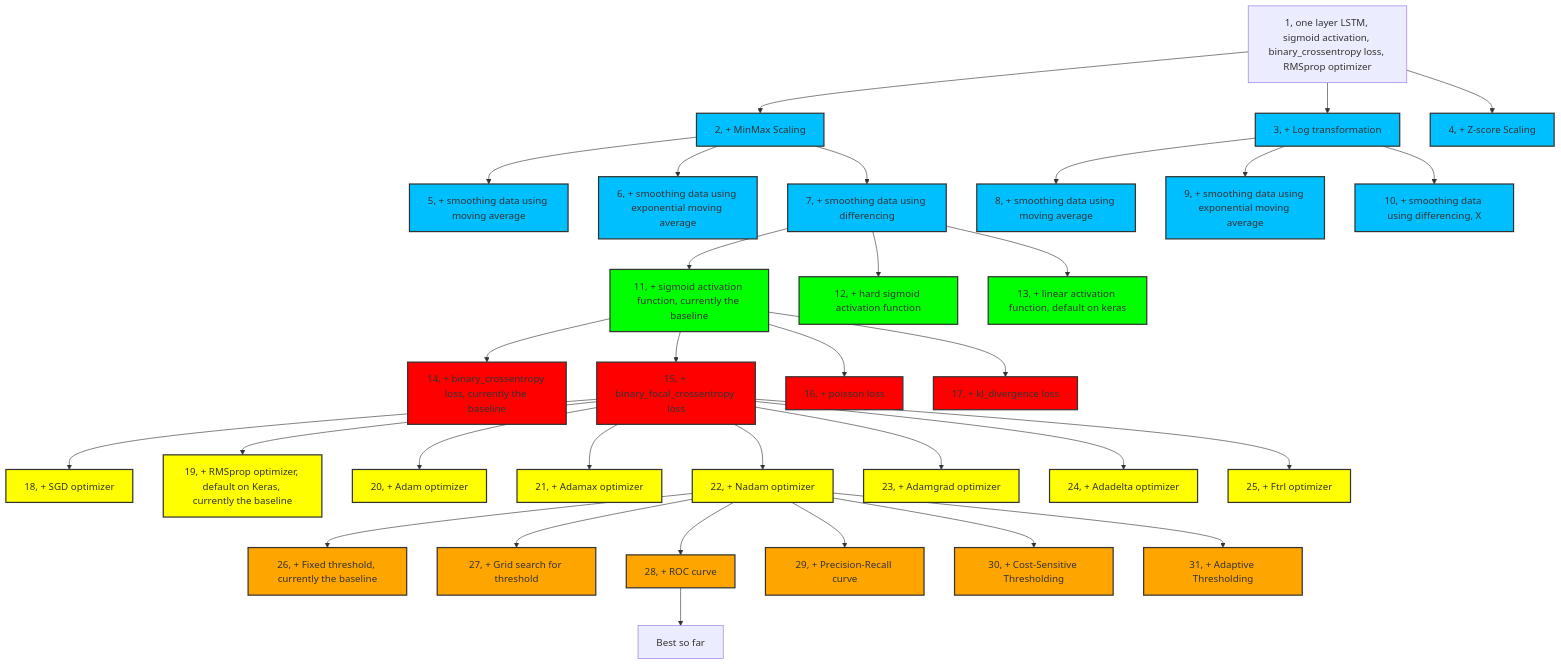
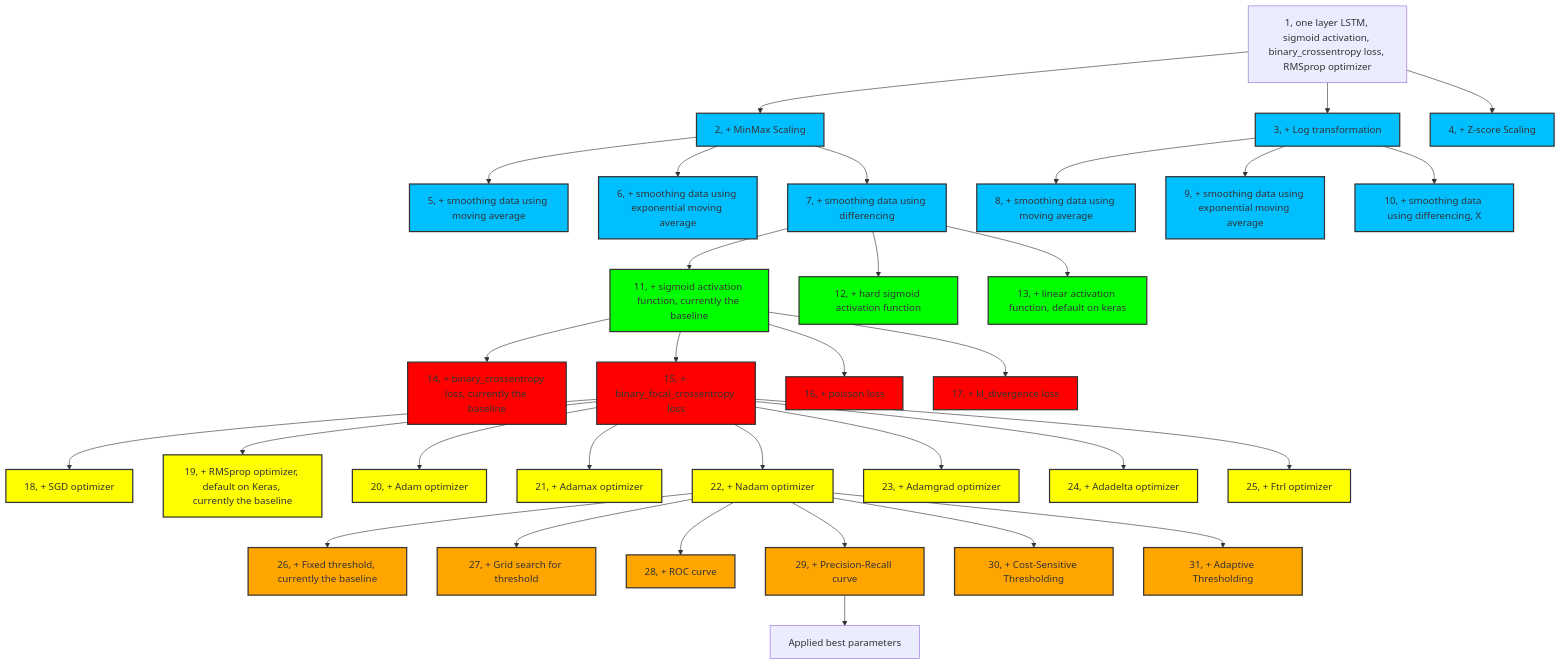
One commit to zihaozeng0021/currency-exchange-rate-forecasting changed the diagram in src/models/LSTM/LSTM_classifier/experiment_hierarchy.md. Above: the diagram before and after it, drawn with Mermaid. The commit also changed 5 other files, not shown here.

````diff
--- a/src/models/LSTM/LSTM_classifier/experiment_hierarchy.md
+++ b/src/models/LSTM/LSTM_classifier/experiment_hierarchy.md
@@ -1,55 +1,55 @@
 ```mermaid
 graph TD
     1[1, one layer LSTM, sigmoid activation, binary_crossentropy loss, RMSprop optimizer] --> 2[2, + MinMax Scaling]
     1 --> 3[3, + Log transformation]
     1 --> 4[4, + Z-score Scaling]
     2 --> 5[5, + smoothing data using moving average]
     2 --> 6[6, + smoothing data using exponential moving average]
     2 --> 7[7, + smoothing data using differencing]
     3 --> 8[8, + smoothing data using moving average]
     3 --> 9[9, + smoothing data using exponential moving average]
     3 --> 10[10, + smoothing data using differencing, X]
     7 --> 11[11, + sigmoid activation function, currently the baseline]
     7 --> 12[12, + hard sigmoid activation function]
     7 --> 13[13, + linear activation function, default on keras]
     11 --> 14[14, + binary_crossentropy loss, currently the baseline]
     11 --> 15[15, + binary_focal_crossentropy loss]
     11 --> 16[16, + poisson loss]
     11 --> 17[17, + kl_divergence loss]
     15 --> 18[18, + SGD optimizer]
     15 --> 19[19, + RMSprop optimizer, default on Keras, currently the baseline]
     15 --> 20[20, + Adam optimizer]
     15 --> 21[21, + Adamax optimizer]
     15 --> 22[22, + Nadam optimizer]
     15 --> 23[23, + Adamgrad optimizer]
     15 --> 24[24, + Adadelta optimizer]
     15 --> 25[25, + Ftrl optimizer]
     22 --> 26[26, + Fixed threshold, currently the baseline]
     22 --> 27[27, + Grid search for threshold]
     22 --> 28[28, + ROC curve]
     22 --> 29[29, + Precision-Recall curve]
     22 --> 30[30, + Cost-Sensitive Thresholding]
     22 --> 31[31, + Adaptive Thresholding]
-    28 --> 32[Best so far]
+    29 --> 32[Applied best parameters]
     
     
     
     
     classDef brightBlue fill:#00BFFF,stroke:#333,stroke-width:2px;
     class 2,3,4,5,6,7,8,9,10 brightBlue;
     
     classDef brightGreen fill:#00FF00,stroke:#333,stroke-width:2px;
     class 11,12,13 brightGreen;
     
     classDef brightRed fill:#FF0000,stroke:#333,stroke-width:2px;
     class 14,15,16,17 brightRed;
     
     classDef brightYellow fill:#FFFF00,stroke:#333,stroke-width:2px;
     class 18,19,20,21,22,23,24,25 brightYellow;
     
     classDef brightOrange fill:#FFA500,stroke:#333,stroke-width:2px;
     class 26,27,28,29,30,31 brightOrange;
 
     
     
 ```
````
